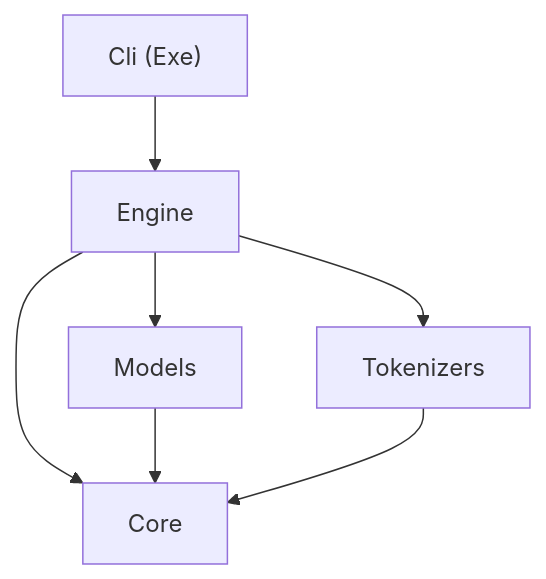
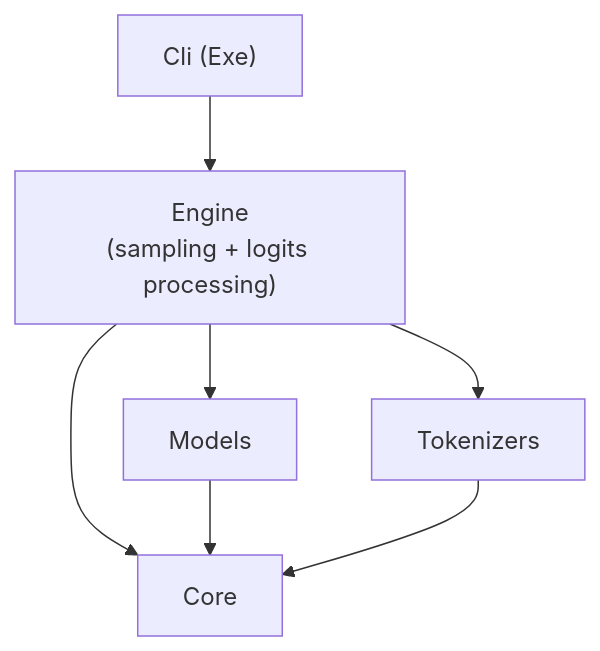
The diagram in docs/architecture/260811-solution-and-project-layout.md (Glareone/AI-Inference-Execution-CSharp), drawn with Mermaid before and after one commit. The commit also changed other lines of this file and 6 other files, not shown here.

````diff
--- a/docs/architecture/260811-solution-and-project-layout.md
+++ b/docs/architecture/260811-solution-and-project-layout.md
@@ -87,9 +93,9 @@
 ```mermaid
 flowchart TB
-    cli["Cli (Exe)"] --> engine["Engine"]
+    cli["Cli (Exe)"] --> engine["Engine<br/>(sampling + logits processing)"]
     engine --> models["Models"]
     engine --> tok["Tokenizers"]
     engine --> core["Core"]
     models --> core
     tok --> core
 ```
````
